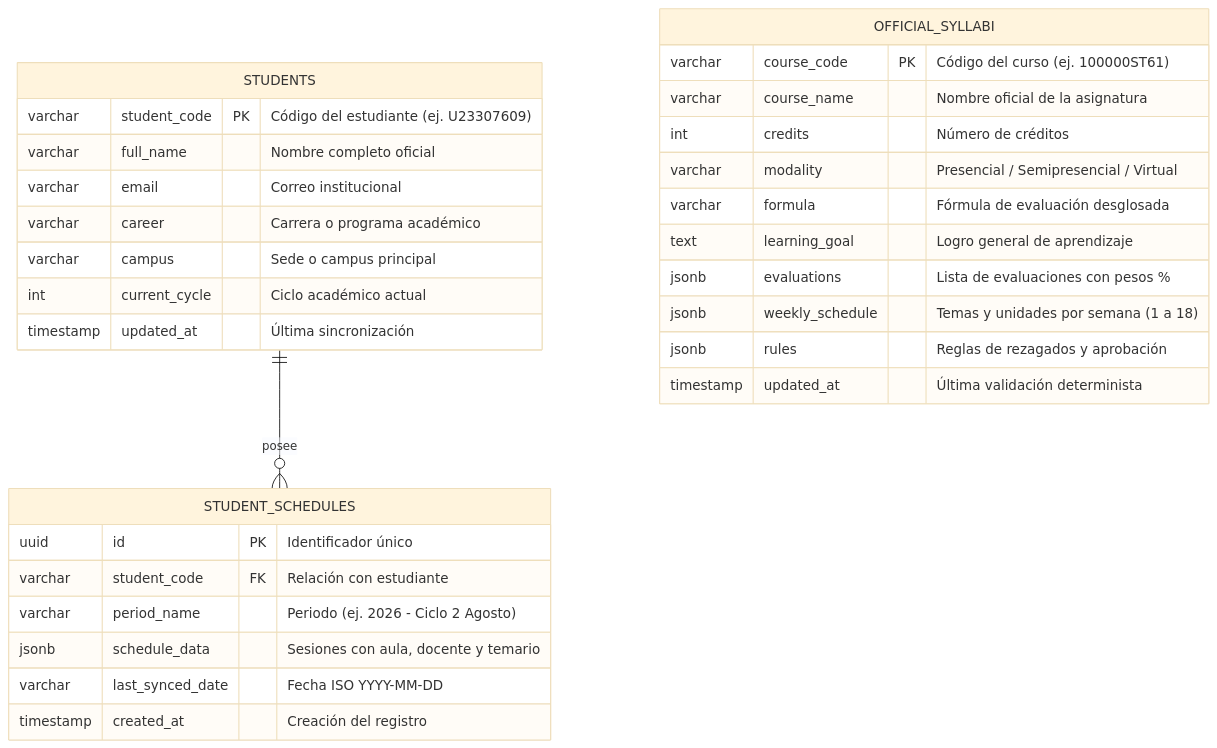
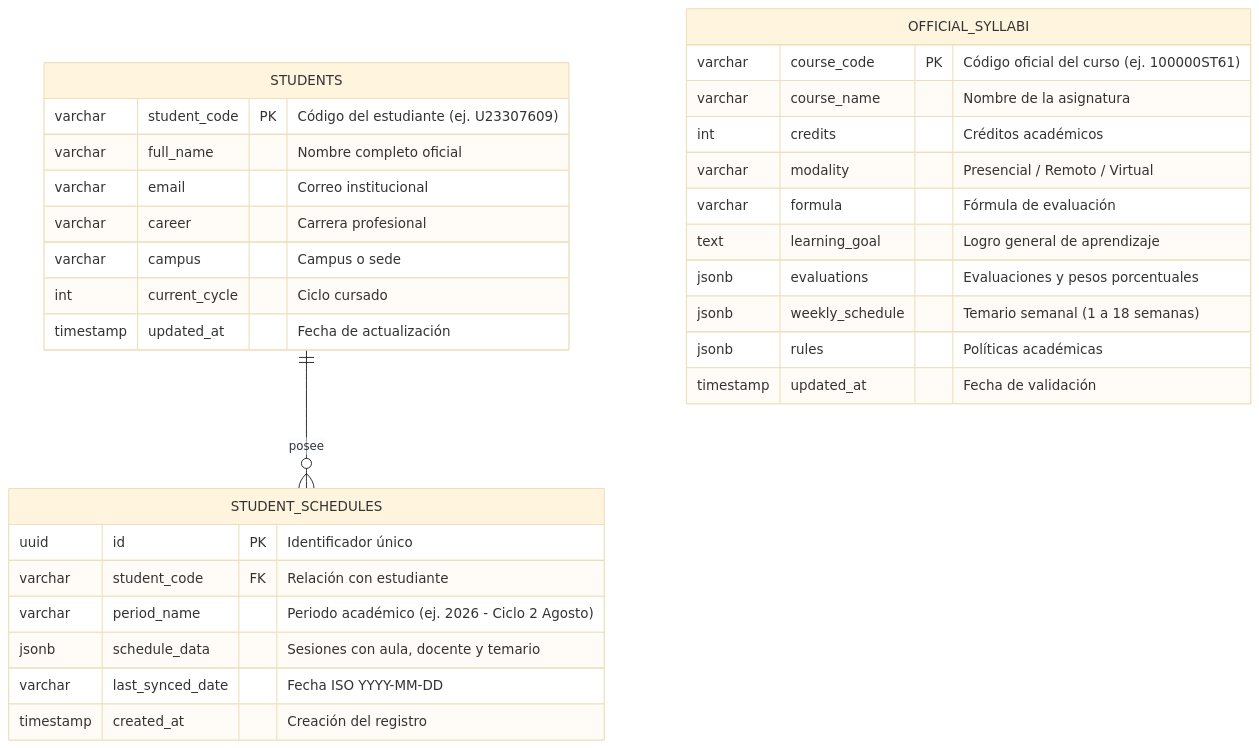
One commit to Joan2022Laurente/horarioInteligente changed the eighth of 8 diagrams in INFORME_TECNICO_PROYECTO.md. Above: the diagram before and after it, drawn with Mermaid (base theme). The commit also changed other lines of this file, not shown here.

````diff
--- a/INFORME_TECNICO_PROYECTO.md
+++ b/INFORME_TECNICO_PROYECTO.md
@@ -462,35 +460,35 @@
 ```mermaid
 erDiagram
     STUDENTS ||--o{ STUDENT_SCHEDULES : posee
     STUDENTS {
         varchar student_code PK "Código del estudiante (ej. U23307609)"
         varchar full_name "Nombre completo oficial"
         varchar email "Correo institucional"
-        varchar career "Carrera o programa académico"
-        varchar campus "Sede o campus principal"
-        int current_cycle "Ciclo académico actual"
-        timestamp updated_at "Última sincronización"
+        varchar career "Carrera profesional"
+        varchar campus "Campus o sede"
+        int current_cycle "Ciclo cursado"
+        timestamp updated_at "Fecha de actualización"
     }
 
     STUDENT_SCHEDULES {
         uuid id PK "Identificador único"
         varchar student_code FK "Relación con estudiante"
-        varchar period_name "Periodo (ej. 2026 - Ciclo 2 Agosto)"
+        varchar period_name "Periodo académico (ej. 2026 - Ciclo 2 Agosto)"
         jsonb schedule_data "Sesiones con aula, docente y temario"
         varchar last_synced_date "Fecha ISO YYYY-MM-DD"
         timestamp created_at "Creación del registro"
     }
 
     OFFICIAL_SYLLABI {
-        varchar course_code PK "Código del curso (ej. 100000ST61)"
-        varchar course_name "Nombre oficial de la asignatura"
-        int credits "Número de créditos"
-        varchar modality "Presencial / Semipresencial / Virtual"
-        varchar formula "Fórmula de evaluación desglosada"
+        varchar course_code PK "Código oficial del curso (ej. 100000ST61)"
+        varchar course_name "Nombre de la asignatura"
+        int credits "Créditos académicos"
+        varchar modality "Presencial / Remoto / Virtual"
+        varchar formula "Fórmula de evaluación"
         text learning_goal "Logro general de aprendizaje"
-        jsonb evaluations "Lista de evaluaciones con pesos %"
-        jsonb weekly_schedule "Temas y unidades por semana (1 a 18)"
-        jsonb rules "Reglas de rezagados y aprobación"
-        timestamp updated_at "Última validación determinista"
+        jsonb evaluations "Evaluaciones y pesos porcentuales"
+        jsonb weekly_schedule "Temario semanal (1 a 18 semanas)"
+        jsonb rules "Políticas académicas"
+        timestamp updated_at "Fecha de validación"
     }
 ```
````
